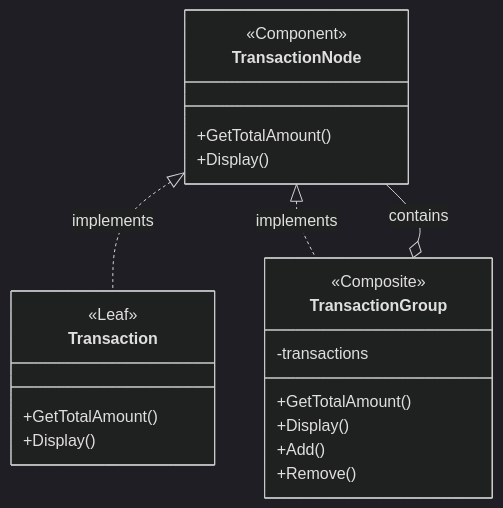
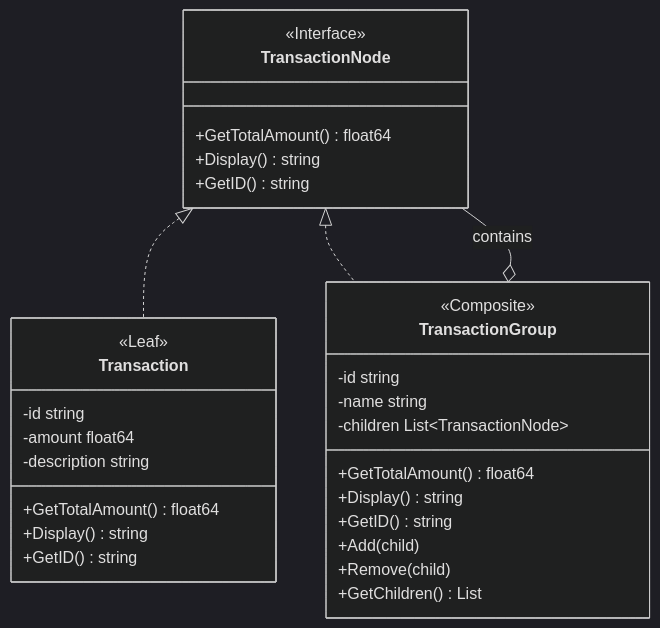
Before and after one commit to JoshuaPangaribuan/design-pattern-go: the first of 2 diagrams in structural/composite/README.md, drawn with Mermaid (dark theme). The commit also changed other lines of this file and 23 other files, not shown here.

Commit message:
feat: add more diagrams

````diff
--- a/structural/composite/README.md
+++ b/structural/composite/README.md
@@ -24,25 +26,34 @@
 ```mermaid
 classDiagram
     class TransactionNode {
-        <<Component>>
-        +GetTotalAmount()
-        +Display()
+        <<Interface>>
+        +GetTotalAmount() float64
+        +Display() string
+        +GetID() string
     }
     class Transaction {
         <<Leaf>>
-        +GetTotalAmount()
-        +Display()
+        -id string
+        -amount float64
+        -description string
+        +GetTotalAmount() float64
+        +Display() string
+        +GetID() string
     }
     class TransactionGroup {
         <<Composite>>
-        -transactions
-        +GetTotalAmount()
-        +Display()
-        +Add()
-        +Remove()
+        -id string
+        -name string
+        -children List~TransactionNode~
+        +GetTotalAmount() float64
+        +Display() string
+        +GetID() string
+        +Add(child)
+        +Remove(child)
+        +GetChildren() List
     }
     
-    TransactionNode <|.. Transaction : implements
-    TransactionNode <|.. TransactionGroup : implements
+    TransactionNode <|.. Transaction
+    TransactionNode <|.. TransactionGroup
     TransactionGroup o-- TransactionNode : contains
 ```
````
